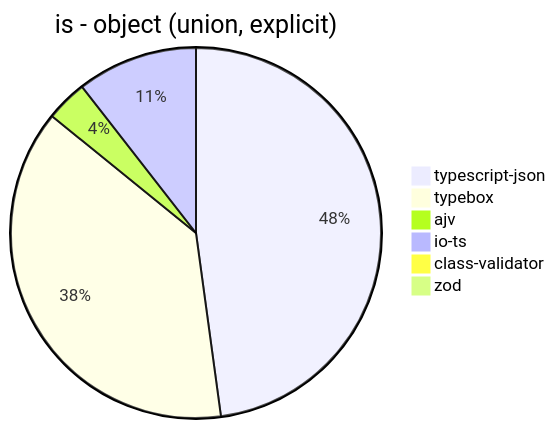
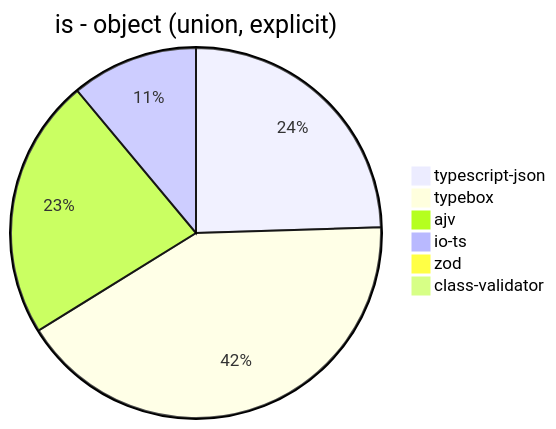
Before and after one commit to samchon/typia: the third of 39 diagrams in benchmark/results/11th Gen Intel(R) Core(TM) i5-1135G7 @ 2.40GHz.md, drawn with Mermaid. The commit also changed other lines of this file and 177 other files, not shown here.

````diff
--- a/benchmark/results/11th Gen Intel(R) Core(TM) i5-1135G7 @ 2.40GHz.md
+++ b/benchmark/results/11th Gen Intel(R) Core(TM) i5-1135G7 @ 2.40GHz.md
@@ -43,9 +43,9 @@
 ```mermaid
 pie title is - object (union, explicit)
-  "typescript-json": 15127.831715210355
-  "typebox": 12016.369047619048
-  "ajv": 1143.804087645001
-  "io-ts": 3330.5985455901546
-  "class-validator": 16.18705035971223
-  "zod": 33.080761411938646
+  "typescript-json": 7010.950808273944
+  "typebox": 11921.56862745098
+  "ajv": 6513.682704346271
+  "io-ts": 3166.573608784664
+  "zod": 32.14352457484582
+  "class-validator": 0
 ```
````
